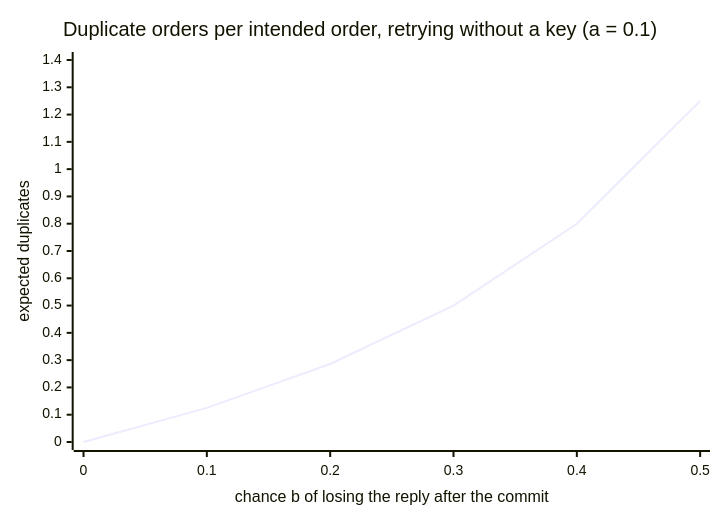
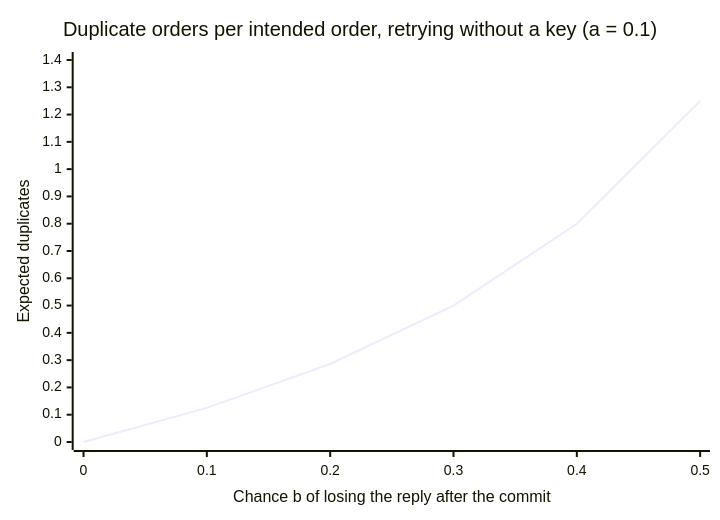
The first of 4 diagrams in book/textbook/ch12/profrod-sovereign-agent-ch12-ambiguous-supplier-order-chapter.md (profrodai/sovereign-agent), drawn with Mermaid before and after one commit. The commit also changed 14 other files, not shown here.

First line of the commit message:
Make every chart readable on its own: named series, titled axes, captions that explain

````diff
--- a/book/textbook/ch12/profrod-sovereign-agent-ch12-ambiguous-supplier-order-chapter.md
+++ b/book/textbook/ch12/profrod-sovereign-agent-ch12-ambiguous-supplier-order-chapter.md
@@ -111,7 +111,7 @@
 ```mermaid
 xychart-beta
     title "Duplicate orders per intended order, retrying without a key (a = 0.1)"
-    x-axis "chance b of losing the reply after the commit" [0, 0.1, 0.2, 0.3, 0.4, 0.5]
-    y-axis "expected duplicates" 0 --> 1.4
+    x-axis "Chance b of losing the reply after the commit" [0, 0.1, 0.2, 0.3, 0.4, 0.5]
+    y-axis "Expected duplicates" 0 --> 1.4
     line [0, 0.125, 0.286, 0.5, 0.8, 1.25]
 ```
````
